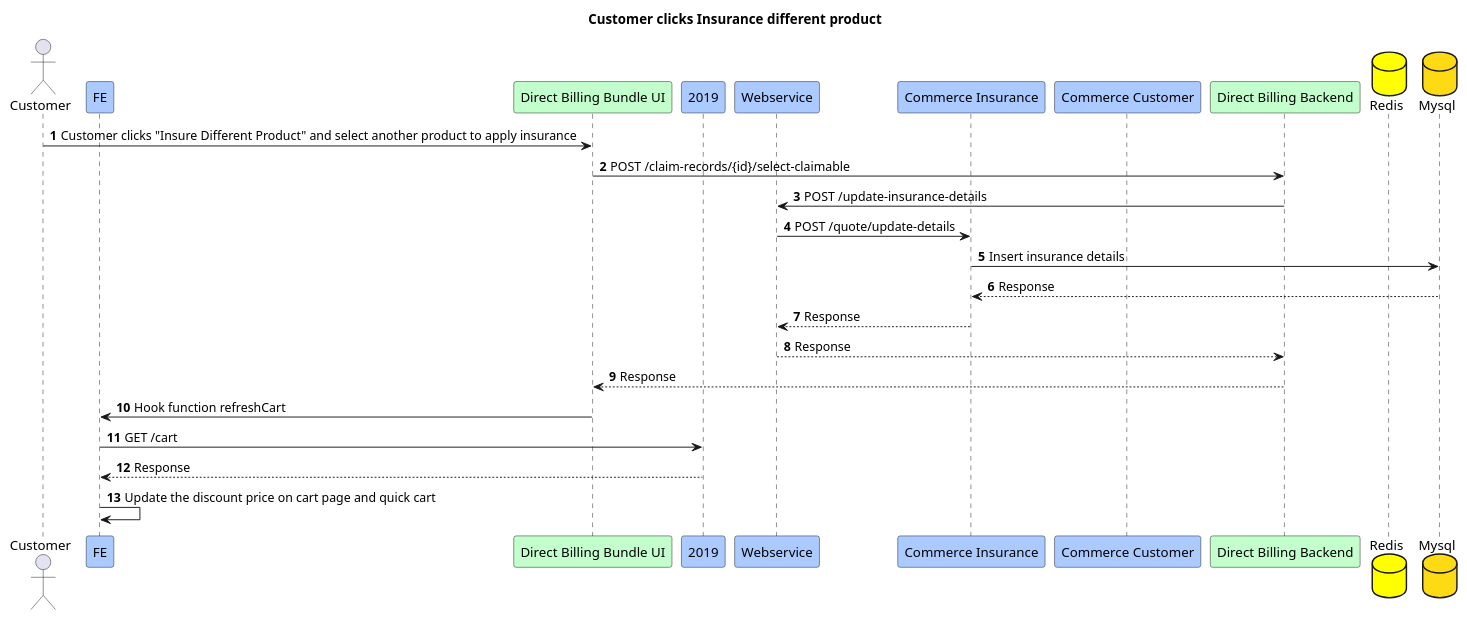
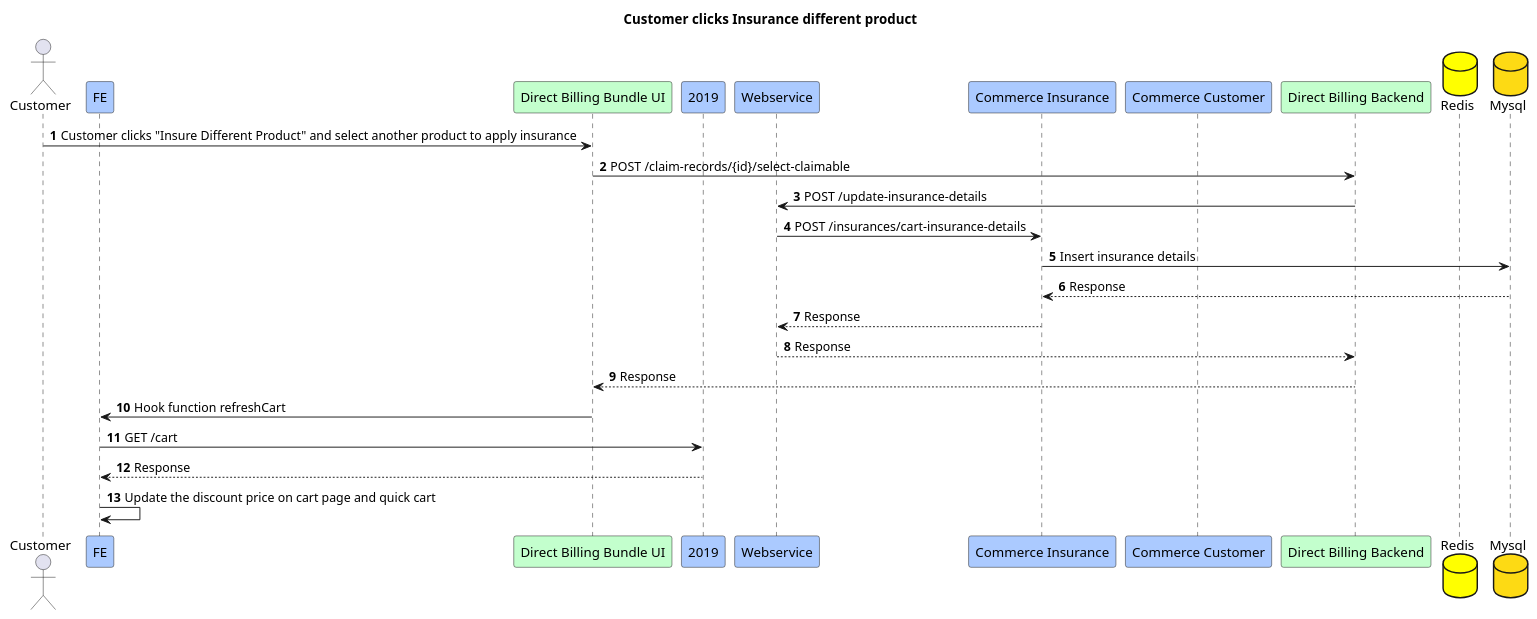
Before and after one commit to Jayounger/EyeMed-Sequence-Diagram: the diagram in 6.Customer clicks Insurance different product.puml, drawn with PlantUML. The commit also changed 13 other files, not shown here.

```diff
--- a/6.Customer clicks Insurance different product.puml
+++ b/6.Customer clicks Insurance different product.puml
@@ -1,28 +1,28 @@
 @startuml
 title Customer clicks Insurance different product
 actor Customer
 participant FE #abcaff
 participant "Direct Billing Bundle UI" #c3ffcd
 participant "2019" #abcaff
 participant "Webservice" #abcaff
 participant "Commerce Insurance" #abcaff
 participant "Commerce Customer" #abcaff
 participant "Direct Billing Backend" #c3ffcd
 database "Redis" #yellow
 database "Mysql" #fdda14
 
 autonumber
 Customer -> "Direct Billing Bundle UI":Customer clicks "Insure Different Product" and select another product to apply insurance
 "Direct Billing Bundle UI" -> "Direct Billing Backend":POST /claim-records/{id}/select-claimable
 "Direct Billing Backend" -> "Webservice":POST /update-insurance-details
-"Webservice" -> "Commerce Insurance":POST /quote/update-details
+"Webservice" -> "Commerce Insurance":POST /insurances/cart-insurance-details
 "Commerce Insurance" -> "Mysql":Insert insurance details
 "Mysql" --> "Commerce Insurance":Response
 "Commerce Insurance" --> "Webservice":Response
 "Webservice" --> "Direct Billing Backend":Response
 "Direct Billing Backend" --> "Direct Billing Bundle UI":Response
 "Direct Billing Bundle UI" -> FE:Hook function refreshCart
 FE -> 2019:GET /cart
 2019 --> FE:Response
 FE -> FE:Update the discount price on cart page and quick cart
 @enduml
```
